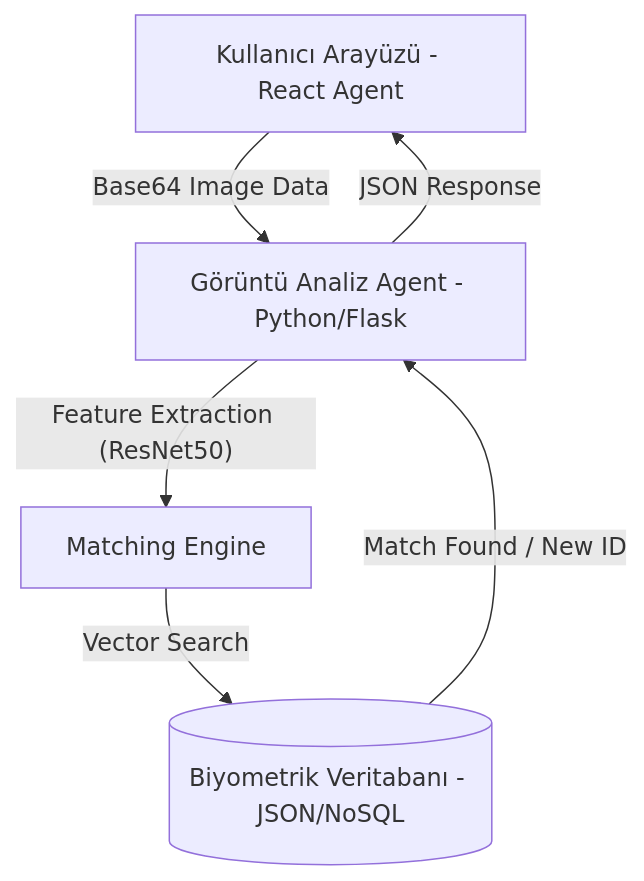
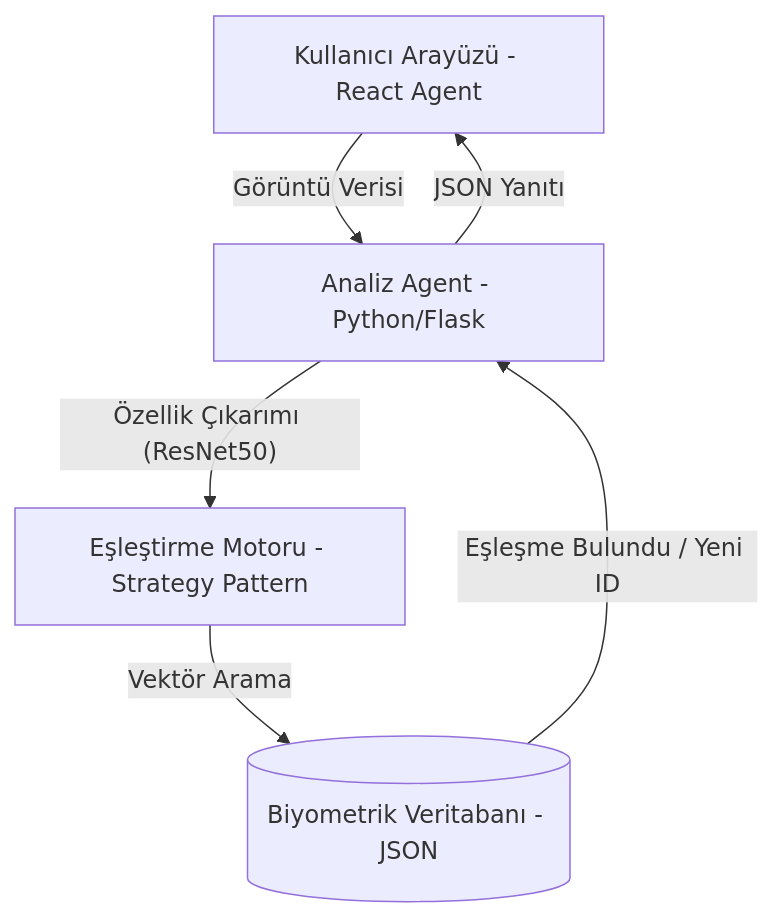
Before and after one commit to t4h4-krcgl/TurtleVision-MAS: the diagram in README.md, drawn with Mermaid. The commit also changed other lines of this file and 5 other files, not shown here.

Commit message:
feat: integrated SOLID Strategy Pattern, offline Kaggle DB, and Top-3 matching visualization

````diff
--- a/README.md
+++ b/README.md
@@ -17,8 +18,8 @@
 ```mermaid
 graph TD
-    A[Kullanıcı Arayüzü - React Agent] -- "Base64 Image Data" --> B[Görüntü Analiz Agent - Python/Flask]
-    B -- "Feature Extraction (ResNet50)" --> C[Matching Engine]
-    C -- "Vector Search" --> D[(Biyometrik Veritabanı - JSON/NoSQL)]
-    D -- "Match Found / New ID" --> B
-    B -- "JSON Response" --> A
+    A[Kullanıcı Arayüzü - React Agent] -- "Görüntü Verisi" --> B[Analiz Agent - Python/Flask]
+    B -- "Özellik Çıkarımı (ResNet50)" --> C[Eşleştirme Motoru - Strategy Pattern]
+    C -- "Vektör Arama" --> D[(Biyometrik Veritabanı - JSON)]
+    D -- "Eşleşme Bulundu / Yeni ID" --> B
+    B -- "JSON Yanıtı" --> A
 ```
````
